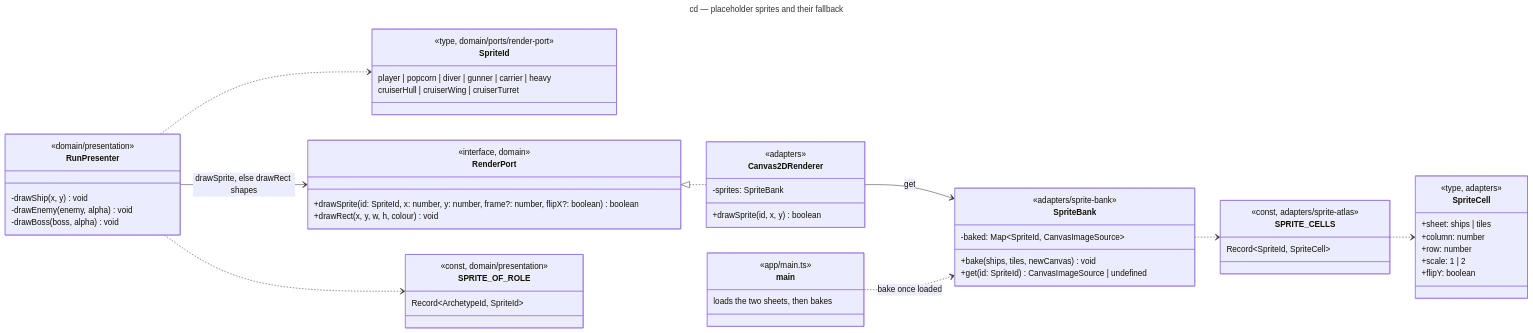
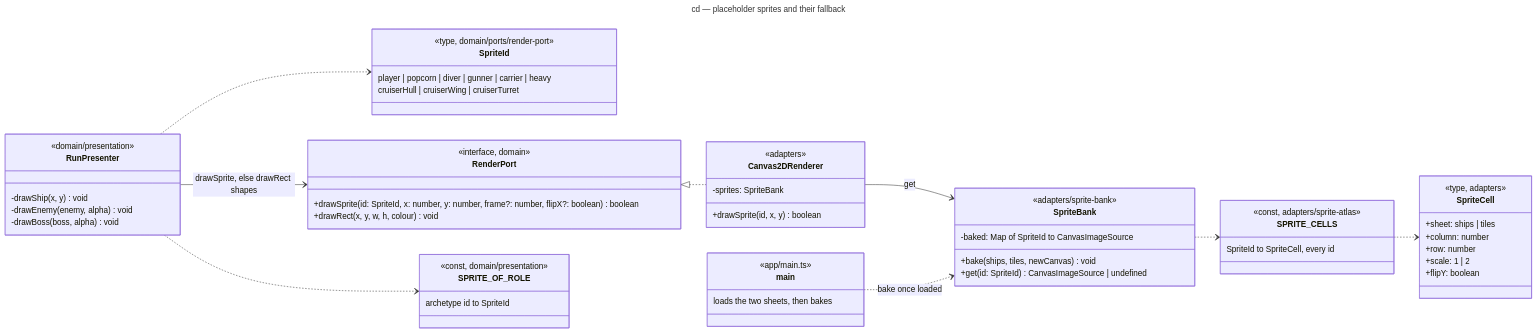
The diagram in docs/architecture/diagrams/render/04-class-sprites.md (benoit-bremaud/retro-shmup), drawn with Mermaid before and after one commit. The commit also changed other lines of this file and 5 other files, not shown here.

Commit message:
docs(uml): review fixes for the sprite design

````diff
--- a/docs/architecture/diagrams/render/04-class-sprites.md
+++ b/docs/architecture/diagrams/render/04-class-sprites.md
@@ -17,62 +17,62 @@
 ```mermaid
 ---
 title: cd — placeholder sprites and their fallback
 ---
 classDiagram
   direction LR
   class SpriteId {
     <<type, domain/ports/render-port>>
     player | popcorn | diver | gunner | carrier | heavy
     cruiserHull | cruiserWing | cruiserTurret
   }
   class RenderPort {
     <<interface, domain>>
     +drawSprite(id: SpriteId, x: number, y: number, frame?: number, flipX?: boolean) boolean
     +drawRect(x, y, w, h, colour) void
   }
   class RunPresenter {
     <<domain/presentation>>
     -drawShip(x, y) void
     -drawEnemy(enemy, alpha) void
     -drawBoss(boss, alpha) void
   }
   class SPRITE_OF_ROLE {
     <<const, domain/presentation>>
-    Record~ArchetypeId, SpriteId~
+    archetype id to SpriteId
   }
   class SpriteCell {
     <<type, adapters>>
     +sheet: ships | tiles
     +column: number
     +row: number
     +scale: 1 | 2
     +flipY: boolean
   }
   class SPRITE_CELLS {
     <<const, adapters/sprite-atlas>>
-    Record~SpriteId, SpriteCell~
+    SpriteId to SpriteCell, every id
   }
   class SpriteBank {
     <<adapters/sprite-bank>>
-    -baked: Map~SpriteId, CanvasImageSource~
+    -baked: Map of SpriteId to CanvasImageSource
     +bake(ships, tiles, newCanvas) void
     +get(id: SpriteId) CanvasImageSource | undefined
   }
   class Canvas2DRenderer {
     <<adapters>>
     -sprites: SpriteBank
     +drawSprite(id, x, y) boolean
   }
   class main {
     <<app/main.ts>>
     loads the two sheets, then bakes
   }
   RenderPort <|.. Canvas2DRenderer
   RunPresenter --> RenderPort : drawSprite, else drawRect shapes
   RunPresenter ..> SPRITE_OF_ROLE
   RunPresenter ..> SpriteId
   Canvas2DRenderer --> SpriteBank : get
   SpriteBank ..> SPRITE_CELLS
   SPRITE_CELLS ..> SpriteCell
   main ..> SpriteBank : bake once loaded
 ```
````
